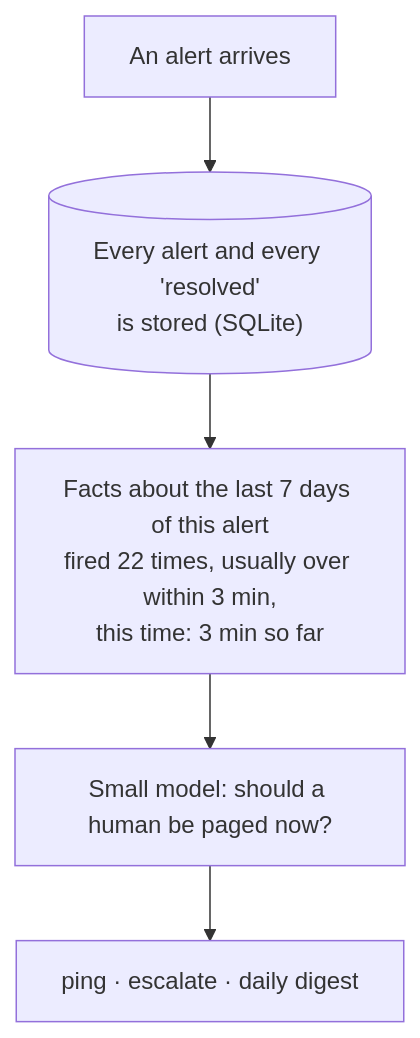
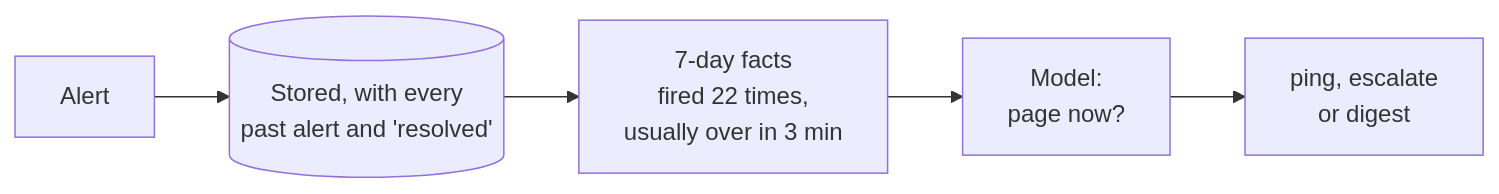
The diagram in README.md (xyz-haze/keenwake), drawn with Mermaid before and after one commit.

Commit message:
docs(readme): left-to-right diagram

````diff
--- a/README.md
+++ b/README.md
@@ -19,7 +19,7 @@
 ```mermaid
-flowchart TD
-    A["An alert arrives"] --> DB[("Every alert and every 'resolved'<br/>is stored (SQLite)")]
-    DB --> F["Facts about the last 7 days of this alert<br/>fired 22 times, usually over within 3 min,<br/>this time: 3 min so far"]
-    F --> M["Small model: should a human be paged now?"]
-    M --> D["ping · escalate · daily digest"]
+flowchart LR
+    A["Alert"] --> DB[("Stored, with every<br/>past alert and 'resolved'")]
+    DB --> F["7-day facts<br/>fired 22 times,<br/>usually over in 3 min"]
+    F --> M["Model:<br/>page now?"]
+    M --> D["ping, escalate<br/>or digest"]
 ```
````
